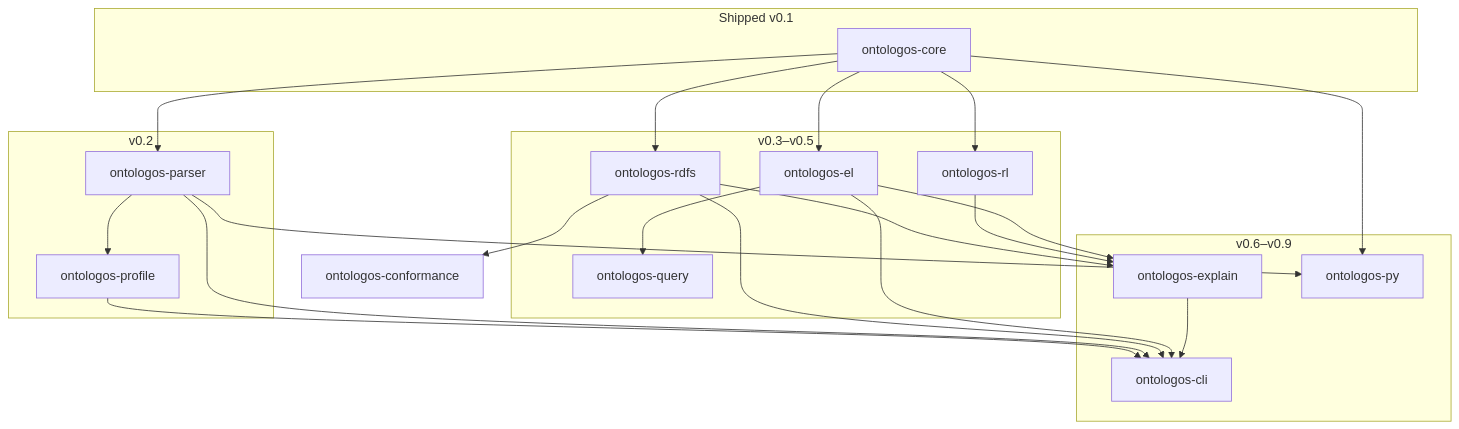
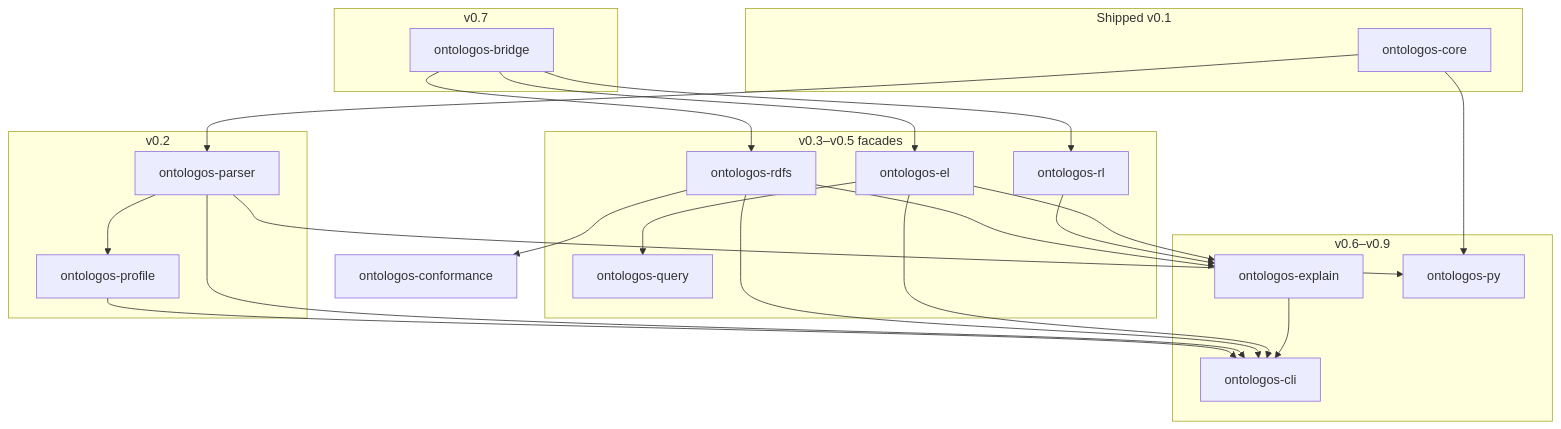
One commit to eddiethedean/ontologos changed the first of 2 diagrams in ROADMAP.md. Above: the diagram before and after it, drawn with Mermaid. The commit also changed other lines of this file and 57 other files, not shown here.

First line of the commit message:
Migrate reasoning to whelk and reasonable via ontologos-bridge.

````diff
--- a/ROADMAP.md
+++ b/ROADMAP.md
@@ -53,44 +53,48 @@
 ```mermaid
 flowchart TB
   subgraph shipped [Shipped v0.1]
     core[ontologos-core]
   end
 
   subgraph v02 [v0.2]
     parser[ontologos-parser]
     profile[ontologos-profile]
   end
 
-  subgraph engines [v0.3–v0.5]
+  subgraph facades [v0.3–v0.5 facades]
     rdfs[ontologos-rdfs]
     rl[ontologos-rl]
     el[ontologos-el]
     query[ontologos-query]
+  end
+
+  subgraph v07 [v0.7]
+    bridge[ontologos-bridge]
   end
 
   subgraph surface [v0.6–v0.9]
     explain[ontologos-explain]
     cli[ontologos-cli]
     py[ontologos-py]
   end
 
   conformance[ontologos-conformance]
 
   core --> parser
   parser --> profile
-  core --> rdfs
-  core --> rl
-  core --> el
+  bridge --> rdfs
+  bridge --> rl
+  bridge --> el
   el --> query
   rdfs --> explain
   rl --> explain
   el --> explain
   profile --> cli
   parser --> cli
   rdfs --> cli
   rdfs --> conformance
   el --> cli
   explain --> cli
   core --> py
   parser --> py
 ```
````
